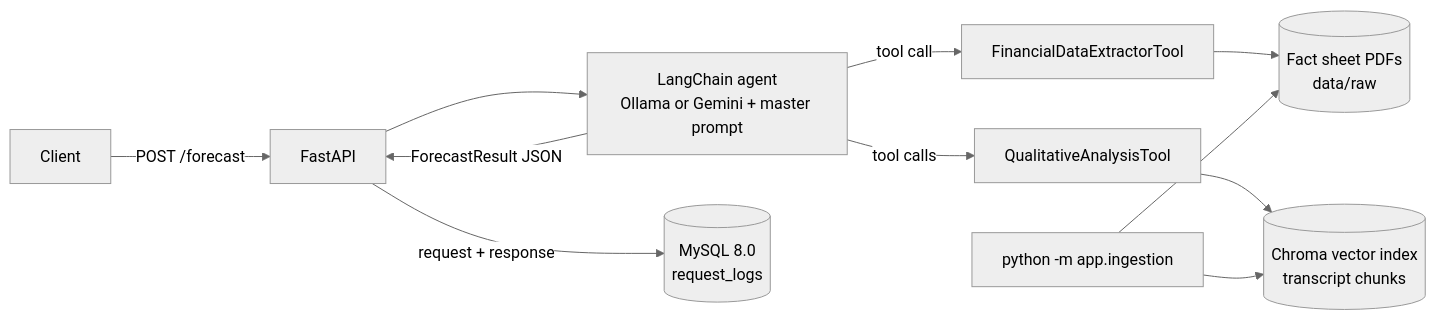
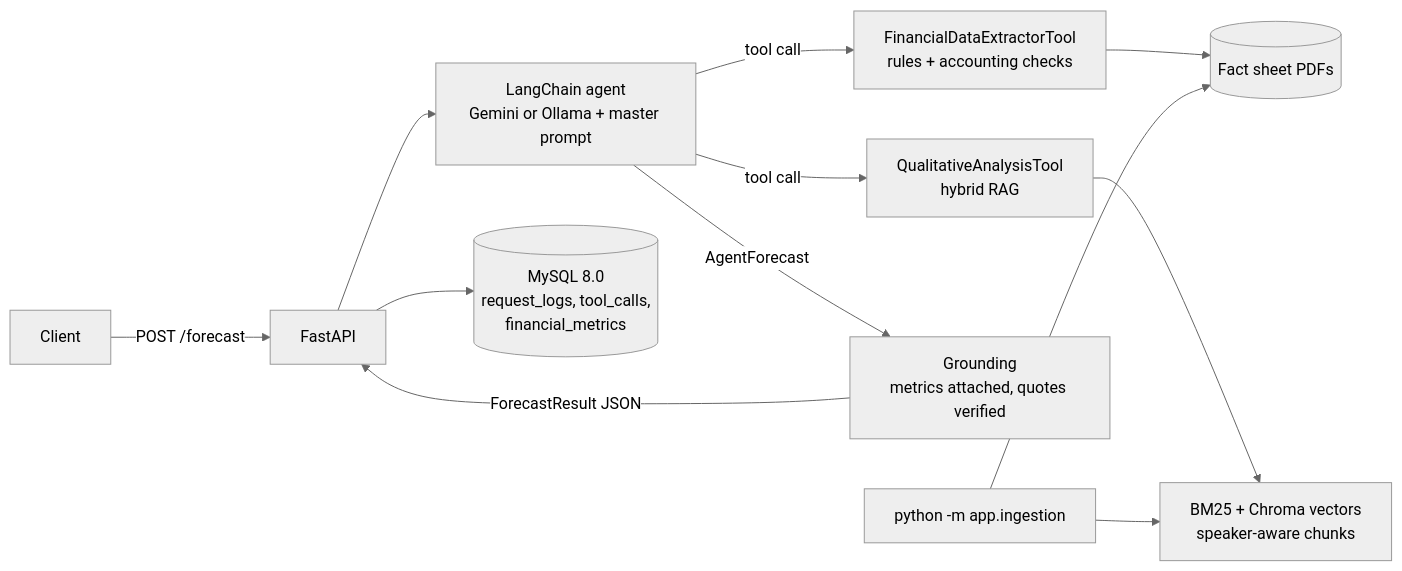
One commit to LalithaSriHarshitha/Financial-Forecasting-Agent changed the diagram in README.md. Above: the diagram before and after it, drawn with Mermaid (neutral theme). The commit also changed other lines of this file and 36 other files, not shown here.

First line of the commit message:
feat: V2 intelligence - validated extraction, speaker-aware hybrid RAG, grounding

````diff
--- a/README.md
+++ b/README.md
@@ -32,13 +41,14 @@
 ```mermaid
 flowchart LR
     U[Client] -->|POST /forecast| API[FastAPI]
-    API --> AG[LangChain agent<br/>Ollama or Gemini + master prompt]
-    AG -->|tool call| FE[FinancialDataExtractorTool]
-    AG -->|tool calls| QA[QualitativeAnalysisTool]
-    FE --> PDF[(Fact sheet PDFs<br/>data/raw)]
-    QA --> VDB[(Chroma vector index<br/>transcript chunks)]
-    AG -->|ForecastResult JSON| API
-    API -->|request + response| DB[(MySQL 8.0<br/>request_logs)]
+    API --> AG[LangChain agent<br/>Gemini or Ollama + master prompt]
+    AG -->|tool call| FE[FinancialDataExtractorTool<br/>rules + accounting checks]
+    AG -->|tool call| QA[QualitativeAnalysisTool<br/>hybrid RAG]
+    FE --> PDF[(Fact sheet PDFs)]
+    QA --> HY[BM25 + Chroma vectors<br/>speaker-aware chunks]
+    AG -->|AgentForecast| GR[Grounding<br/>metrics attached, quotes verified]
+    GR -->|ForecastResult JSON| API
+    API --> DB[(MySQL 8.0<br/>request_logs, tool_calls,<br/>financial_metrics)]
     ING[python -m app.ingestion] --> PDF
-    ING --> VDB
+    ING --> HY
 ```
````
